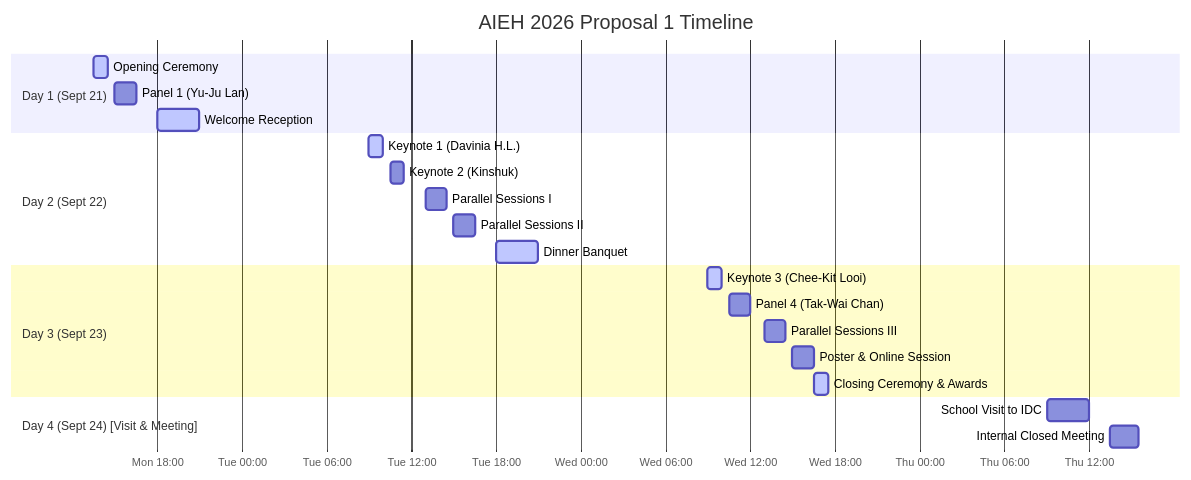
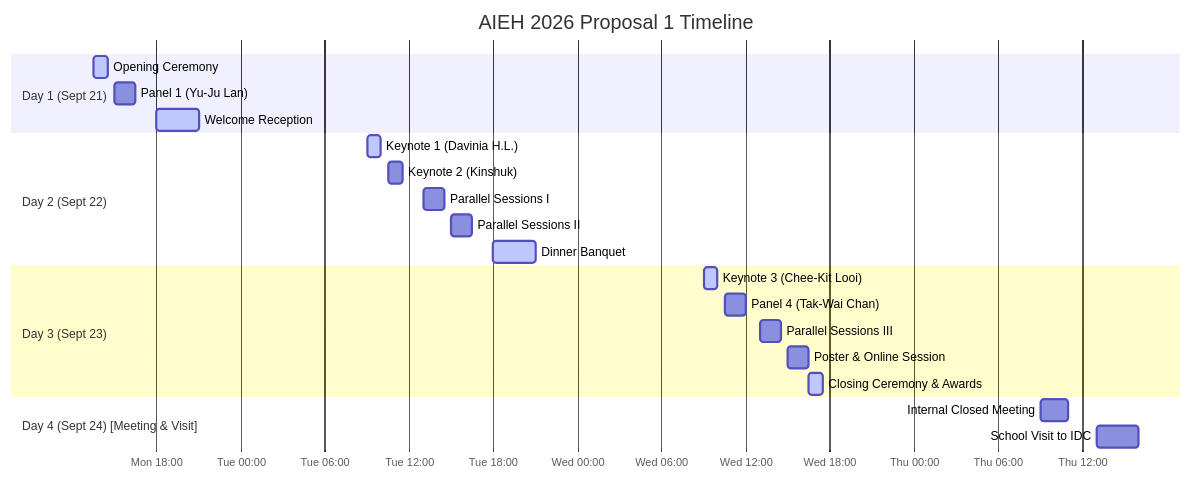
One commit to CalvinCYLiao/peaceful-pasteur changed the diagram in conference_agenda.md. Above: the diagram before and after it, drawn with Mermaid. The commit also changed other lines of this file and 2 other files, not shown here.

Commit message:
feat: swap Day 4 sessions and implement responsive dashboard layout

````diff
--- a/conference_agenda.md
+++ b/conference_agenda.md
@@ -28,29 +28,29 @@
 ```mermaid
 gantt
     title AIEH 2026 Proposal 1 Timeline
     dateFormat  YYYY-MM-DD HH:mm
     axisFormat %a %H:%M
 
     section Day 1 (Sept 21)
     Opening Ceremony          :active, d1_1, 2026-09-21 13:30, 2026-09-21 14:30
     Panel 1 (Yu-Ju Lan)       :d1_2, 2026-09-21 15:00, 2026-09-21 16:30
     Welcome Reception         :active, d1_3, 2026-09-21 18:00, 2026-09-21 21:00
 
     section Day 2 (Sept 22)
     Keynote 1 (Davinia H.L.)  :active, d2_1, 2026-09-22 09:00, 2026-09-22 10:00
     Keynote 2 (Kinshuk)       :d2_2, 2026-09-22 10:30, 2026-09-22 11:30
     Parallel Sessions I       :d2_3, 2026-09-22 13:00, 2026-09-22 14:30
     Parallel Sessions II      :d2_4, 2026-09-22 15:00, 2026-09-22 16:30
     Dinner Banquet            :active, d2_5, 2026-09-22 18:00, 2026-09-22 21:00
 
     section Day 3 (Sept 23)
     Keynote 3 (Chee-Kit Looi) :active, d3_1, 2026-09-23 09:00, 2026-09-23 10:00
     Panel 4 (Tak-Wai Chan)    :d3_2, 2026-09-23 10:30, 2026-09-23 12:00
     Parallel Sessions III     :d3_3, 2026-09-23 13:00, 2026-09-23 14:30
     Poster & Online Session   :d3_4, 2026-09-23 15:00, 2026-09-23 16:30
     Closing Ceremony & Awards :active, d3_5, 2026-09-23 16:30, 2026-09-23 17:30
 
-    section Day 4 (Sept 24) [Visit & Meeting]
-    School Visit to IDC       :d4_1, 2026-09-24 09:00, 2026-09-24 12:00
-    Internal Closed Meeting   :d4_2, 2026-09-24 13:30, 2026-09-24 15:30
+    section Day 4 (Sept 24) [Meeting & Visit]
+    Internal Closed Meeting   :d4_1, 2026-09-24 09:00, 2026-09-24 11:00
+    School Visit to IDC       :d4_2, 2026-09-24 13:00, 2026-09-24 16:00
 ```
````
